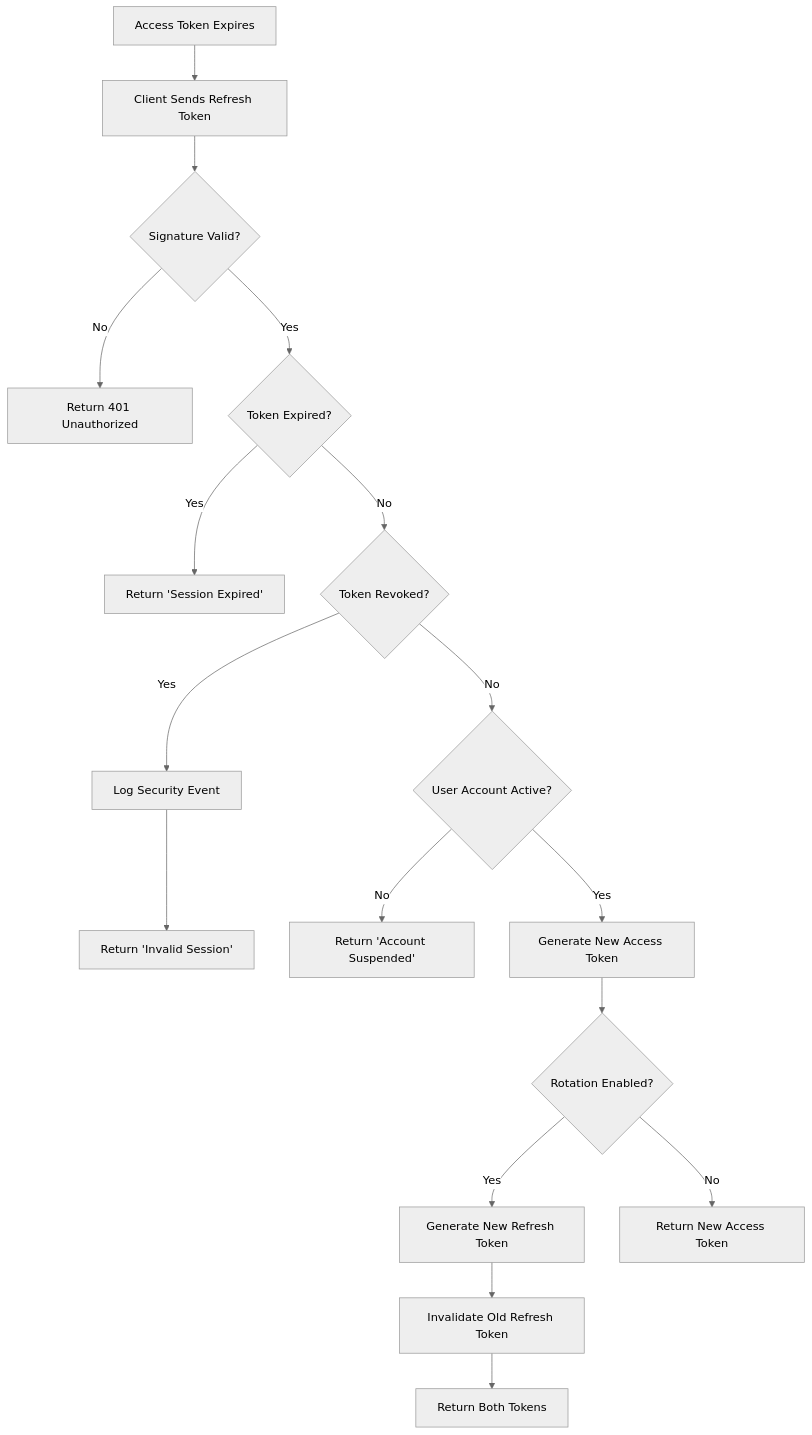
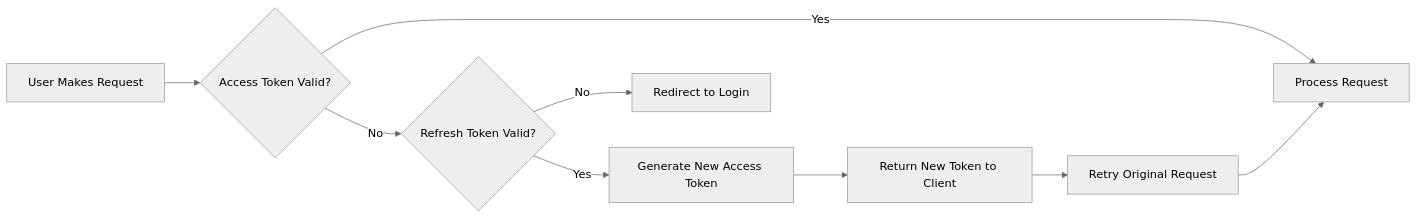
One commit to wrtnlabs/autobe-examples changed the fourth of 4 diagrams in anthropic/claude-sonnet-4.5/bbs/docs/analysis/02-user-actors-authentication.md. Above: the diagram before and after it, drawn with Mermaid (neutral theme). The commit also changed other lines of this file and 3569 other files, not shown here.

````diff
--- a/anthropic/claude-sonnet-4.5/bbs/docs/analysis/02-user-actors-authentication.md
+++ b/anthropic/claude-sonnet-4.5/bbs/docs/analysis/02-user-actors-authentication.md
@@ -544,19 +277,11 @@
 ```mermaid
-graph TD
-    A["Access Token Expires"] --> B["Client Sends Refresh Token"]
-    B --> C{"Signature Valid?"}
-    C -->|"No"| D["Return 401 Unauthorized"]
-    C -->|"Yes"| E{"Token Expired?"}
-    E -->|"Yes"| F["Return 'Session Expired'"]
-    E -->|"No"| G{"Token Revoked?"}
-    G -->|"Yes"| H["Log Security Event"]
-    H --> I["Return 'Invalid Session'"]
-    G -->|"No"| J{"User Account Active?"}
-    J -->|"No"| K["Return 'Account Suspended'"]
-    J -->|"Yes"| L["Generate New Access Token"]
-    L --> M{"Rotation Enabled?"}
-    M -->|"Yes"| N["Generate New Refresh Token"]
-    N --> O["Invalidate Old Refresh Token"]
-    O --> P["Return Both Tokens"]
-    M -->|"No"| Q["Return New Access Token"]
+graph LR
+    A["User Makes Request"] --> B{"Access Token Valid?"}
+    B -->|"Yes"| C["Process Request"]
+    B -->|"No"| D{"Refresh Token Valid?"}
+    D -->|"No"| E["Redirect to Login"]
+    D -->|"Yes"| F["Generate New Access Token"]
+    F --> G["Return New Token to Client"]
+    G --> H["Retry Original Request"]
+    H --> C
 ```
````
